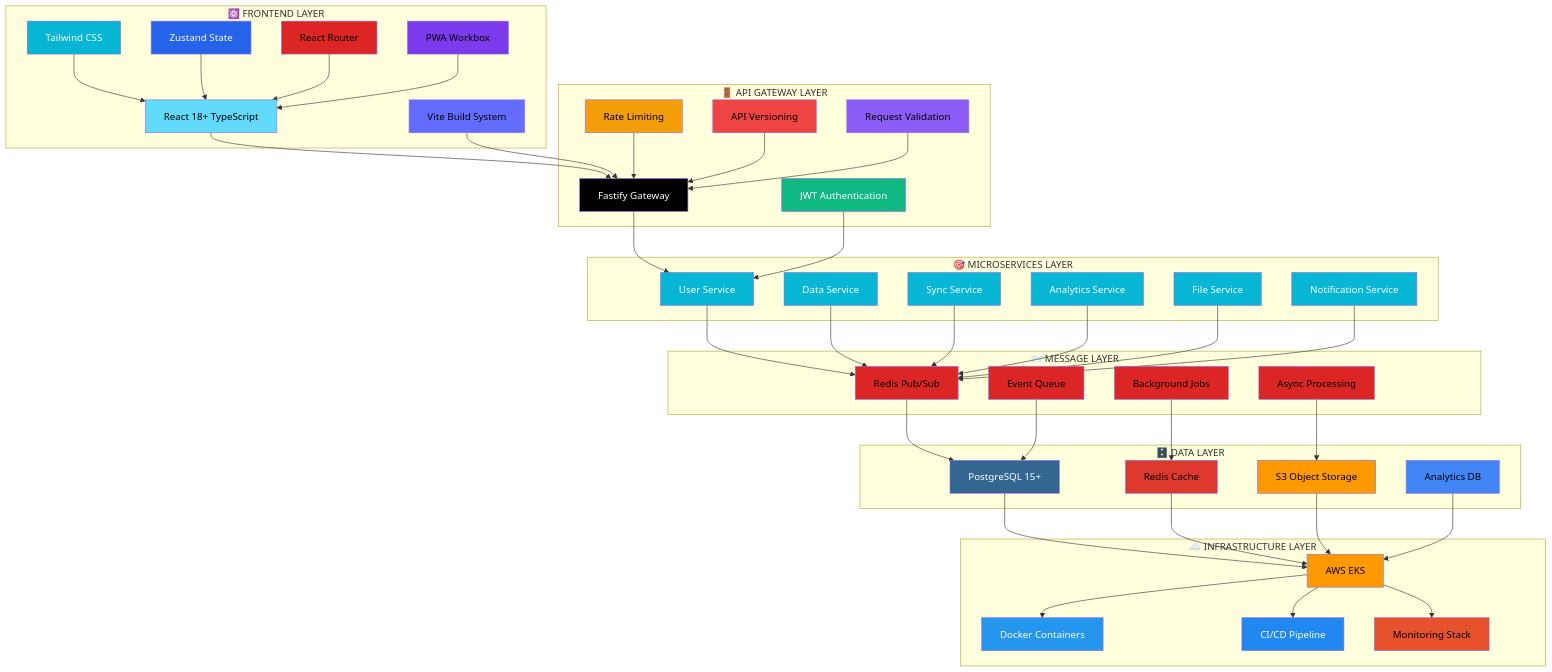
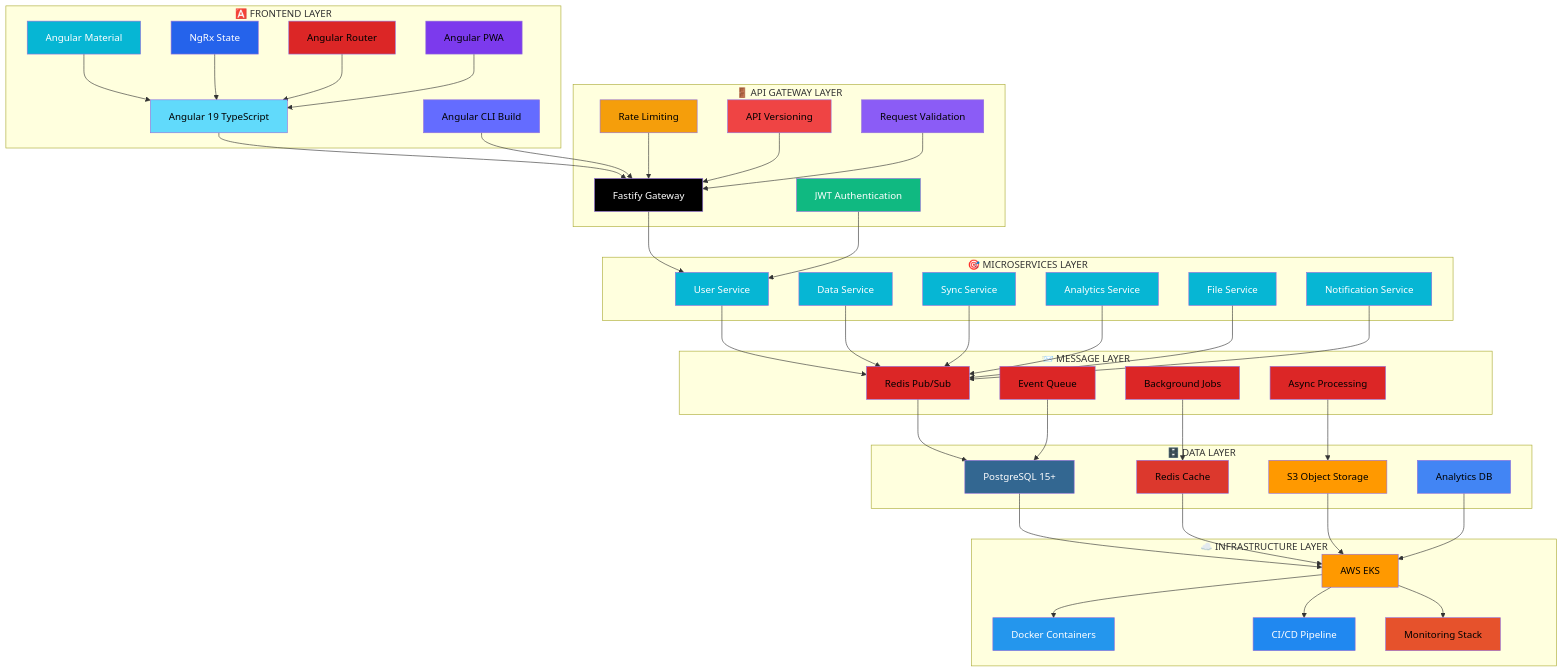
The diagram in 01-Proposta/documentacao/technology.md (EduPereiraAlest/FocusTextil), drawn with Mermaid before and after one commit. The commit also changed other lines of this file and 56 other files, not shown here.

Commit message:
refactor: migrate frontend from React to Angular architecture

````diff
--- a/01-Proposta/documentacao/technology.md
+++ b/01-Proposta/documentacao/technology.md
@@ -5,12 +5,12 @@
 ```mermaid
 graph TB
-subgraph "⚛️ FRONTEND LAYER"
-A["React 18+ TypeScript"]
-B["Vite Build System"]
-C["Tailwind CSS"]
-D["Zustand State"]
-E["React Router"]
-F["PWA Workbox"]
+subgraph "🅰️ FRONTEND LAYER"
+A["Angular 19 TypeScript"]
+B["Angular CLI Build"]
+C["Angular Material"]
+D["NgRx State"]
+E["Angular Router"]
+F["Angular PWA"]
 end
 
 subgraph "🚪 API GATEWAY LAYER"
````
